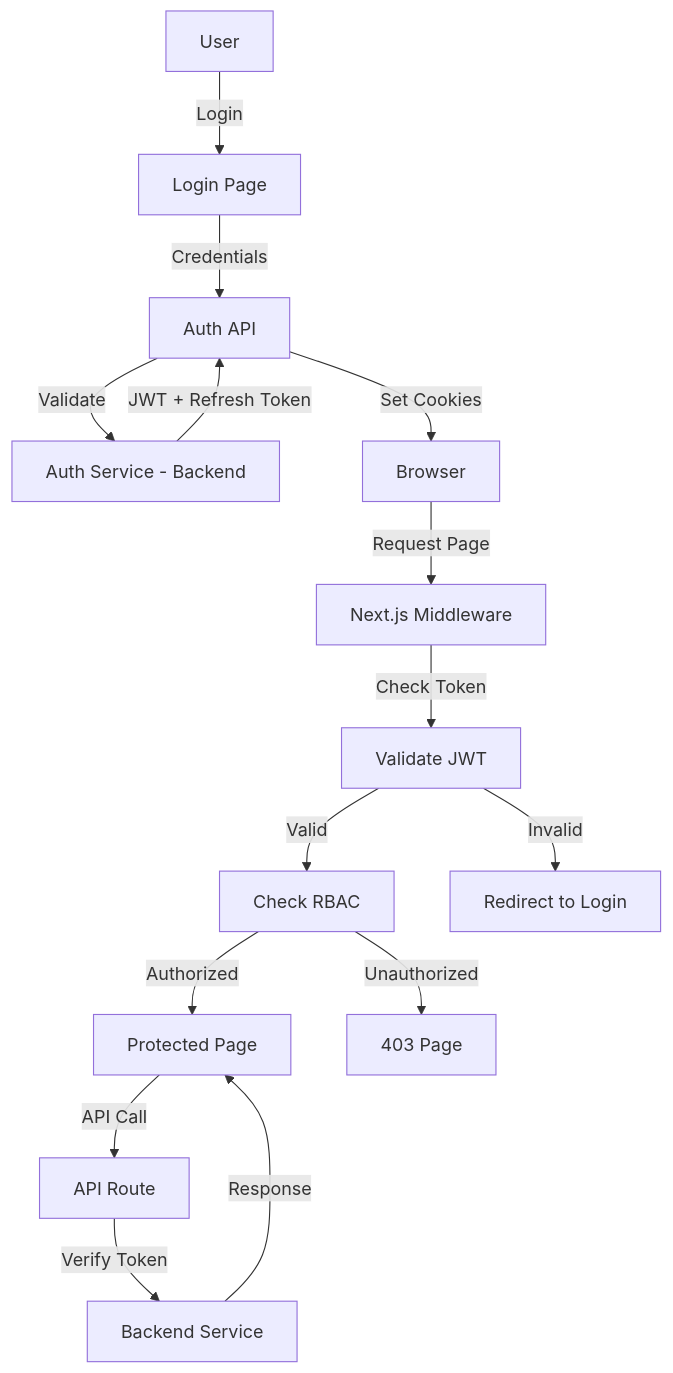
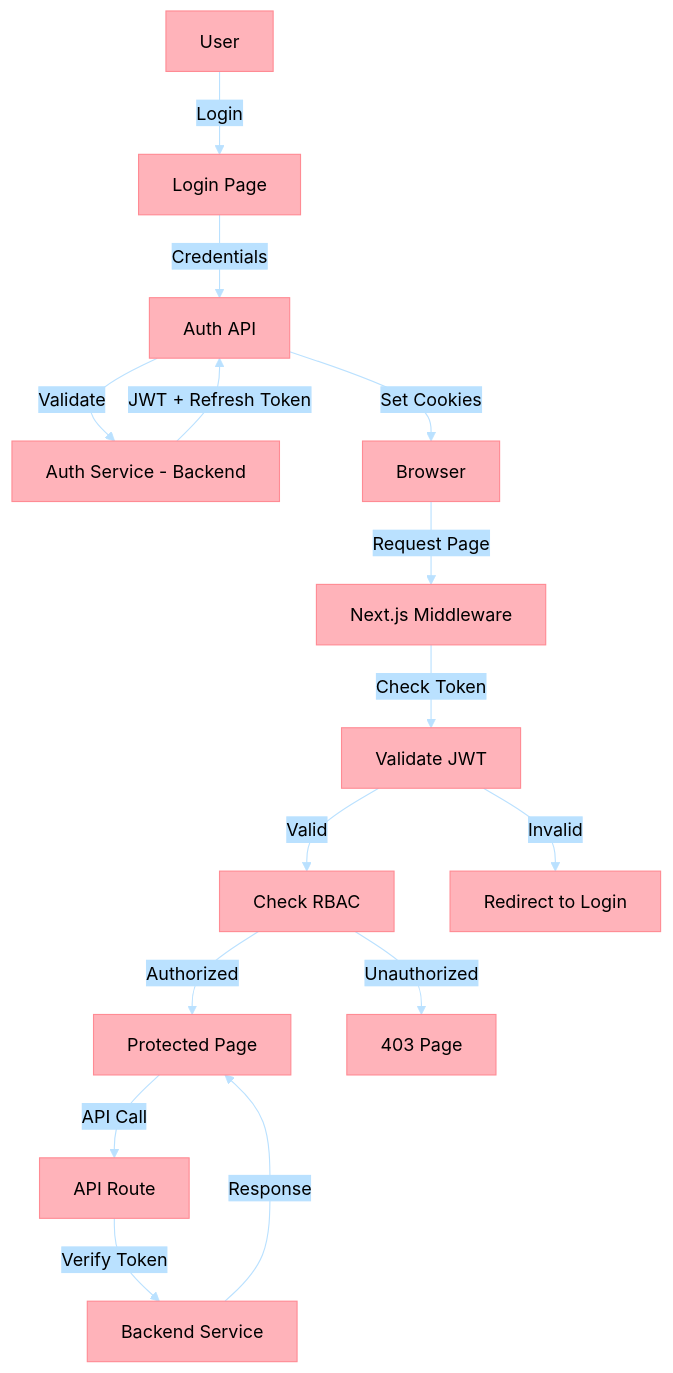
The diagram in docs/architecture/adrs/adr-015-authentication-rbac.md (Azure-Samples/holiday-peak-hub), drawn with Mermaid before and after one commit. The commit also changed 112 other files, not shown here.

````diff
--- a/docs/architecture/adrs/adr-015-authentication-rbac.md
+++ b/docs/architecture/adrs/adr-015-authentication-rbac.md
@@ -59,19 +59,20 @@
 ```mermaid
+%%{init: {'theme':'base', 'themeVariables': {'primaryColor':'#FFB3BA','primaryTextColor':'#000','primaryBorderColor':'#FF8B94','lineColor':'#BAE1FF','secondaryColor':'#BAE1FF','tertiaryColor':'#FFFFFF'}}}%%
 graph TB
     User[User] -->|Login| LoginPage[Login Page]
     LoginPage -->|Credentials| AuthAPI[Auth API]
     AuthAPI -->|Validate| AuthService[Auth Service - Backend]
     AuthService -->|JWT + Refresh Token| AuthAPI
     AuthAPI -->|Set Cookies| Browser[Browser]
     
     Browser -->|Request Page| Middleware[Next.js Middleware]
     Middleware -->|Check Token| Validate[Validate JWT]
     Validate -->|Valid| CheckRole[Check RBAC]
     CheckRole -->|Authorized| Page[Protected Page]
     CheckRole -->|Unauthorized| AccessDenied[403 Page]
     Validate -->|Invalid| LoginRedirect[Redirect to Login]
     
     Page -->|API Call| APIRoute[API Route]
     APIRoute -->|Verify Token| Backend[Backend Service]
     Backend -->|Response| Page
 ```
````
